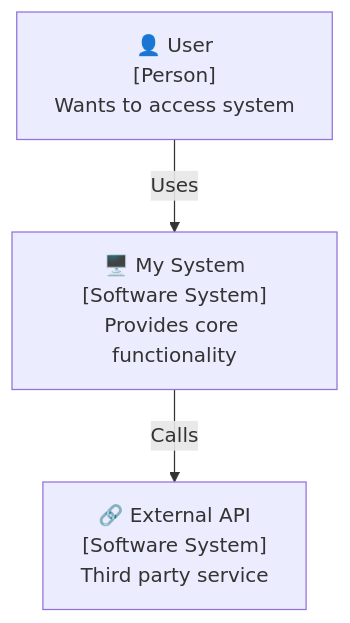
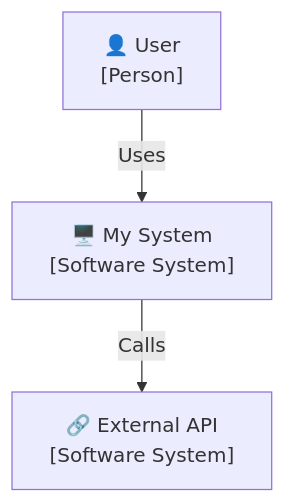
The seventh of 10 diagrams in skills/architecture-diagrams/SKILL.md (Alexander-Qiu/alexander-skills), drawn with Mermaid before and after one commit. The commit also changed other lines of this file, not shown here.

First line of the commit message:
refactor: Remove ASCII references, default to Mermaid for all diagrams

````diff
--- a/skills/architecture-diagrams/SKILL.md
+++ b/skills/architecture-diagrams/SKILL.md
@@ -87,9 +113,9 @@
 ```mermaid
 flowchart TB
-    User["👤 User<br/>[Person]<br/>Wants to access system"]
-    System["🖥️ My System<br/>[Software System]<br/>Provides core functionality"]
-    External["🔗 External API<br/>[Software System]<br/>Third party service"]
+    User["👤 User<br/>[Person]"]
+    System["🖥️ My System<br/>[Software System]"]
+    External["🔗 External API<br/>[Software System]"]
     
-    User -->|"Uses"| System
-    System -->|"Calls"| External
+    User -->|Uses| System
+    System -->|Calls| External
 ```
````
